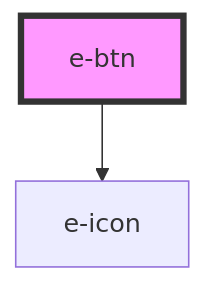
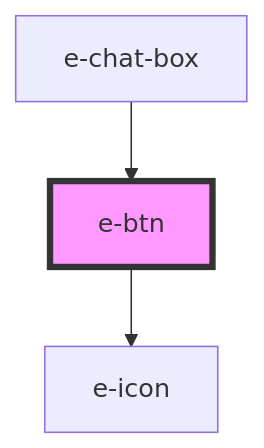
Before and after one commit to kabbandre/Equinox-Web-Components: the diagram in src/components/e-btn/readme.md, drawn with Mermaid. The commit also changed other lines of this file and 55 other files, not shown here.

````diff
--- a/src/components/e-btn/readme.md
+++ b/src/components/e-btn/readme.md
@@ -27,5 +31,6 @@
 ```mermaid
 graph TD;
   e-btn --> e-icon
+  e-chat-box --> e-btn
   style e-btn fill:#f9f,stroke:#333,stroke-width:4px
 ```
````
